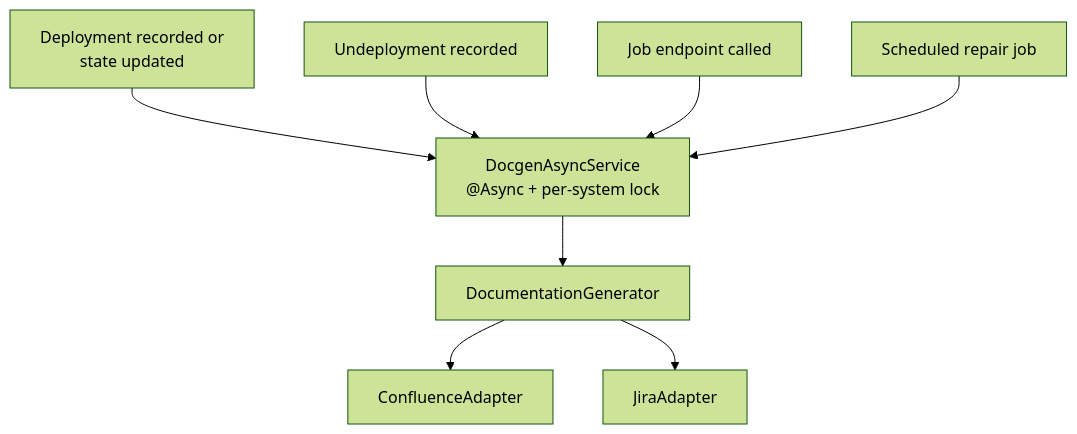
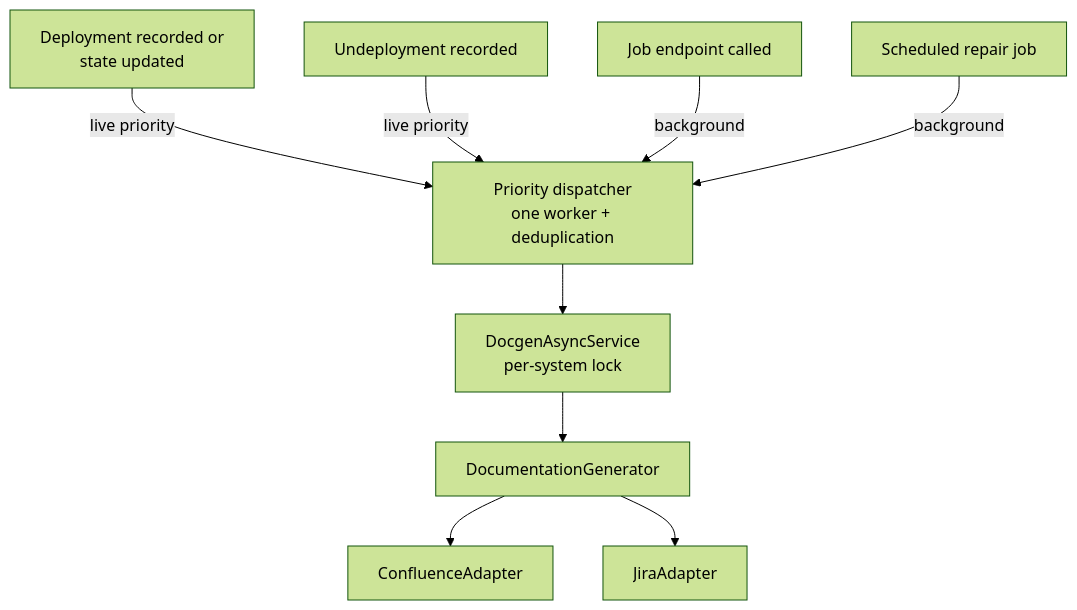
Before and after one commit to jeap-admin-ch/jeap-deploymentlog-service: the second of 2 diagrams in docs/documentation-generation.md, drawn with Mermaid (forest theme). The commit also changed 36 other files, not shown here.

Commit message:
Stabilize docgen dispatch and persist repair requests

````diff
--- a/docs/documentation-generation.md
+++ b/docs/documentation-generation.md
@@ -143,19 +143,21 @@
 ```mermaid
 flowchart TD
   Rec["Deployment recorded or<br/>state updated"]
   Undeploy["Undeployment recorded"]
   Job["Job endpoint called"]
   Sched["Scheduled repair job"]
-  Async["DocgenAsyncService<br/>@Async + per-system lock"]
+  Dispatch["Priority dispatcher<br/>one worker + deduplication"]
+  Async["DocgenAsyncService<br/>per-system lock"]
   Gen["DocumentationGenerator"]
   Conf["ConfluenceAdapter"]
   Jira["JiraAdapter"]
 
-  Rec --> Async
-  Undeploy --> Async
-  Job --> Async
-  Sched --> Async
+  Rec -->|live priority| Dispatch
+  Undeploy -->|live priority| Dispatch
+  Job -->|background| Dispatch
+  Sched -->|background| Dispatch
+  Dispatch --> Async
   Async --> Gen
   Gen --> Conf
   Gen --> Jira
 ```
````
